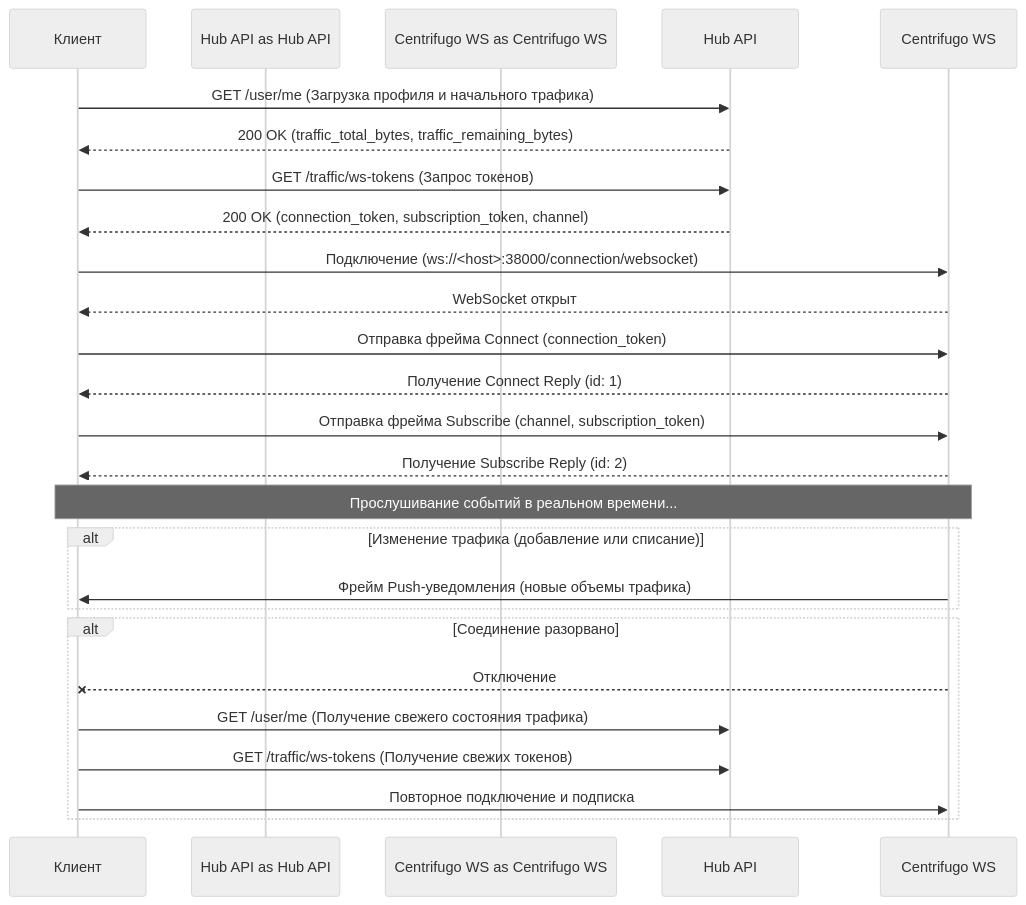
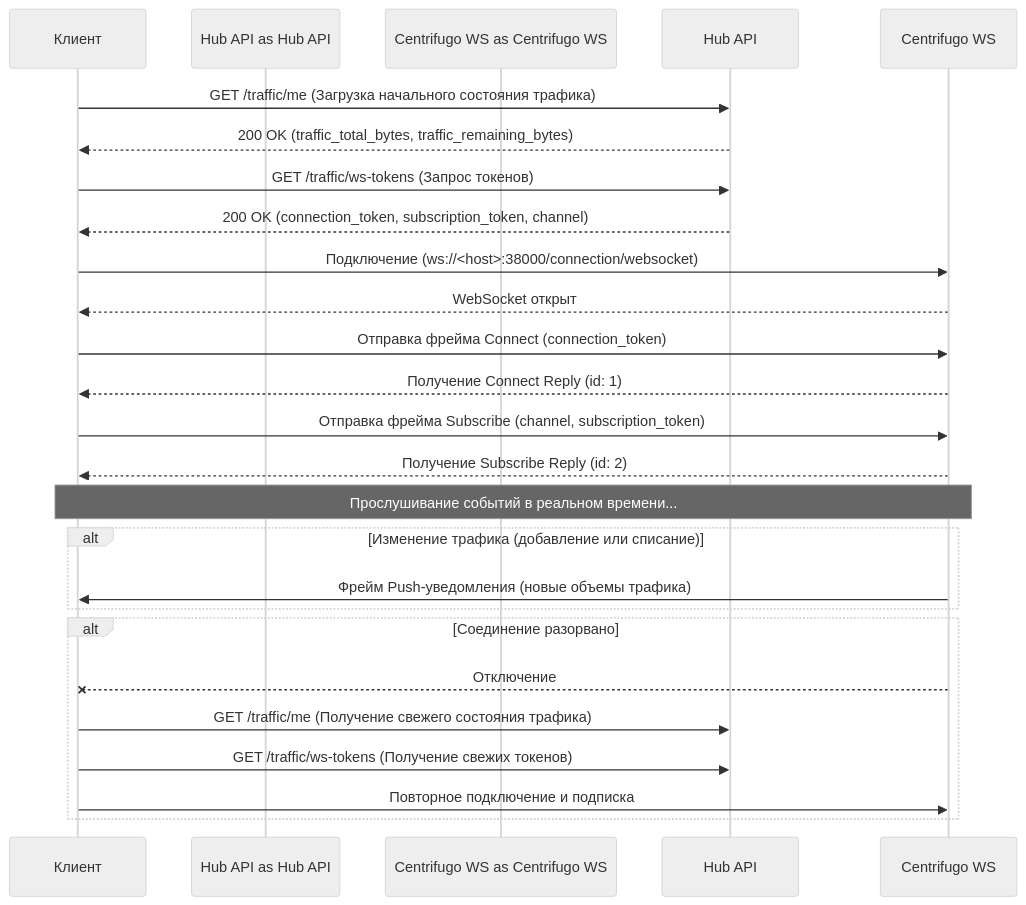
One commit to theorynow/AstrexVPN-server-hub changed the diagram in docs/traffic_websockets.ru.md. Above: the diagram before and after it, drawn with Mermaid (neutral theme). The commit also changed other lines of this file and 18 other files, not shown here.

````diff
--- a/docs/traffic_websockets.ru.md
+++ b/docs/traffic_websockets.ru.md
@@ -9,34 +9,34 @@
 ```mermaid
 sequenceDiagram
     participant Client as Клиент
     participant Hub API as Hub API
     participant Centrifugo WS as Centrifugo WS
 
-    Client->>Hub API: GET /user/me (Загрузка профиля и начального трафика)
+    Client->>Hub API: GET /traffic/me (Загрузка начального состояния трафика)
     Hub API-->>Client: 200 OK (traffic_total_bytes, traffic_remaining_bytes)
     
     Client->>Hub API: GET /traffic/ws-tokens (Запрос токенов)
     Hub API-->>Client: 200 OK (connection_token, subscription_token, channel)
     
     Client->>Centrifugo WS: Подключение (ws://<host>:38000/connection/websocket)
     Centrifugo WS-->>Client: WebSocket открыт
     
     Client->>Centrifugo WS: Отправка фрейма Connect (connection_token)
     Centrifugo WS-->>Client: Получение Connect Reply (id: 1)
     
     Client->>Centrifugo WS: Отправка фрейма Subscribe (channel, subscription_token)
     Centrifugo WS-->>Client: Получение Subscribe Reply (id: 2)
     
     Note over Client, Centrifugo WS: Прослушивание событий в реальном времени...
     
     alt Изменение трафика (добавление или списание)
         Centrifugo WS->>Client: Фрейм Push-уведомления (новые объемы трафика)
     end
     
     alt Соединение разорвано
         Centrifugo WS--xClient: Отключение
-        Client->>Hub API: GET /user/me (Получение свежего состояния трафика)
+        Client->>Hub API: GET /traffic/me (Получение свежего состояния трафика)
         Client->>Hub API: GET /traffic/ws-tokens (Получение свежих токенов)
         Client->>Centrifugo WS: Повторное подключение и подписка
     end
 ```
````
